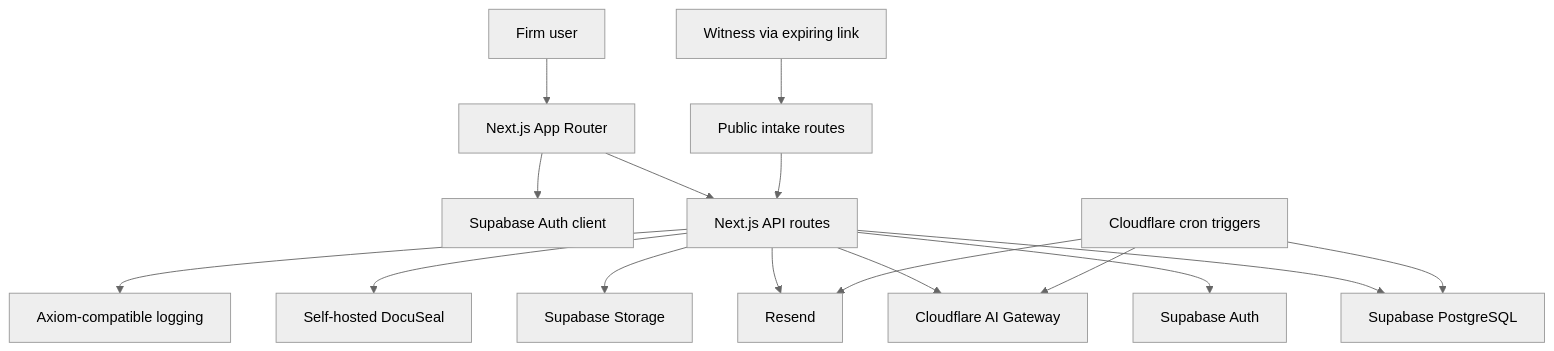
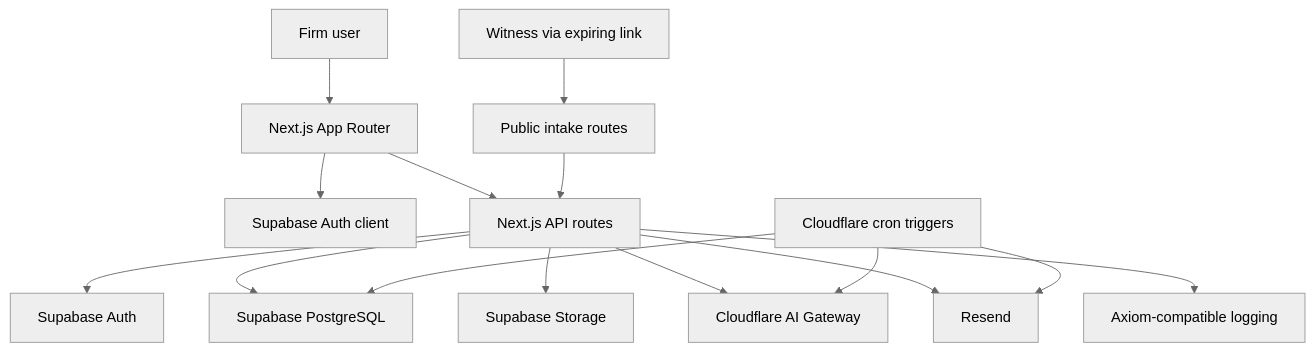
One commit to uzair223/casey changed the diagram in README.md. Above: the diagram before and after it, drawn with Mermaid (neutral theme). The commit also changed other lines of this file and 31 other files, not shown here.

````diff
--- a/README.md
+++ b/README.md
@@ -23,18 +23,17 @@
 ```mermaid
 flowchart TD
 		FirmUser["Firm user"] --> NextApp["Next.js App Router"]
 		Witness["Witness via expiring link"] --> Intake["Public intake routes"]
 		NextApp --> ClientAuth["Supabase Auth client"]
 		NextApp --> Api["Next.js API routes"]
 		Intake --> Api
 		Api --> Auth["Supabase Auth"]
 		Api --> Database["Supabase PostgreSQL"]
 		Api --> Storage["Supabase Storage"]
 		Api --> AI["Cloudflare AI Gateway"]
 		Api --> Email["Resend"]
-		Api --> Signing["Self-hosted DocuSeal"]
 		Api --> Logging["Axiom-compatible logging"]
 		Workers["Cloudflare cron triggers"] --> Database
 		Workers --> AI
 		Workers --> Email
 ```
````
